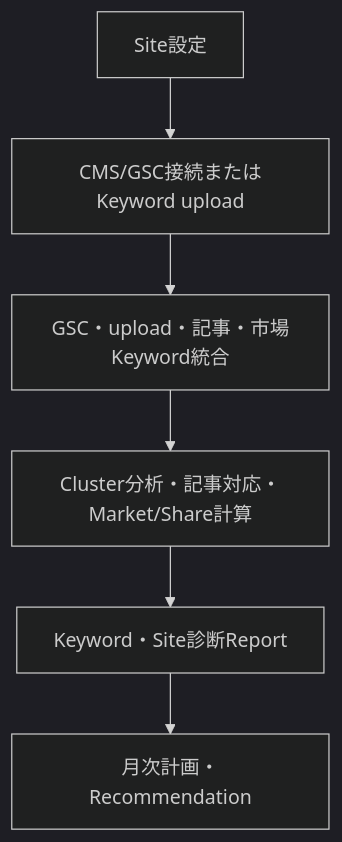
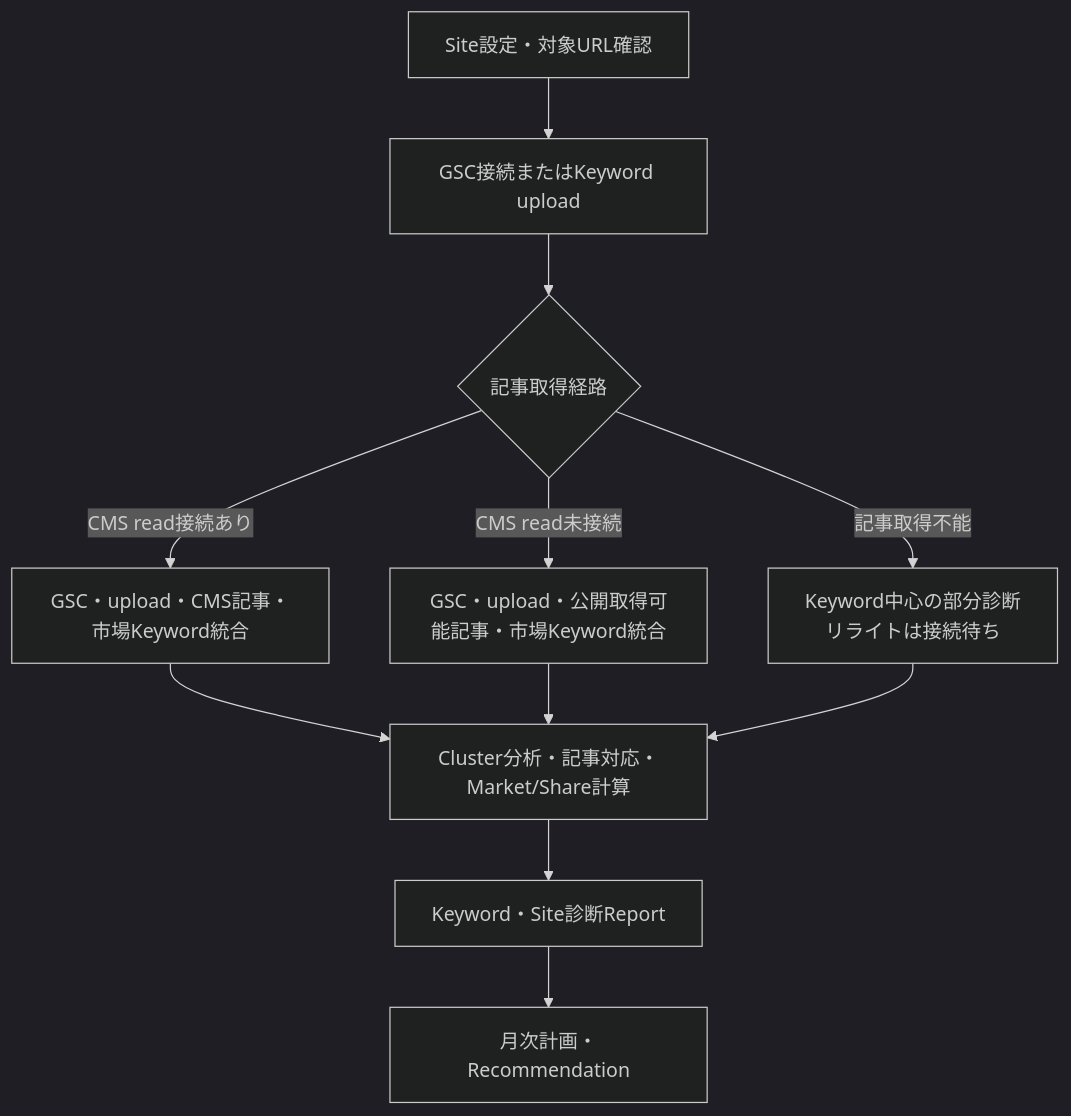
The third of 13 diagrams in docs/design/ai-office-de-seo/L3-ui-prototype/ai-office-de-seo-screen-flow_v3.7.md (unison-ai-product/AI-Office-de-SEO), drawn with Mermaid (dark theme) before and after one commit. The commit also changed other lines of this file and 7 other files, not shown here.

````diff
--- a/docs/design/ai-office-de-seo/L3-ui-prototype/ai-office-de-seo-screen-flow_v3.7.md
+++ b/docs/design/ai-office-de-seo/L3-ui-prototype/ai-office-de-seo-screen-flow_v3.7.md
@@ -67,8 +67,13 @@
 ```mermaid
 flowchart TD
-  A[Site設定] --> B[CMS/GSC接続またはKeyword upload]
-  B --> C[GSC・upload・記事・市場Keyword統合]
-  C --> D[Cluster分析・記事対応・Market/Share計算]
-  D --> E[Keyword・Site診断Report]
-  E --> F[月次計画・Recommendation]
+  A[Site設定・対象URL確認] --> B[GSC接続またはKeyword upload]
+  B --> C{記事取得経路}
+  C -->|CMS read接続あり| D[GSC・upload・CMS記事・市場Keyword統合]
+  C -->|CMS read未接続| E[GSC・upload・公開取得可能記事・市場Keyword統合]
+  C -->|記事取得不能| F[Keyword中心の部分診断\nリライトは接続待ち]
+  D --> G[Cluster分析・記事対応・Market/Share計算]
+  E --> G
+  F --> G
+  G --> H[Keyword・Site診断Report]
+  H --> I[月次計画・Recommendation]
 ```
````
